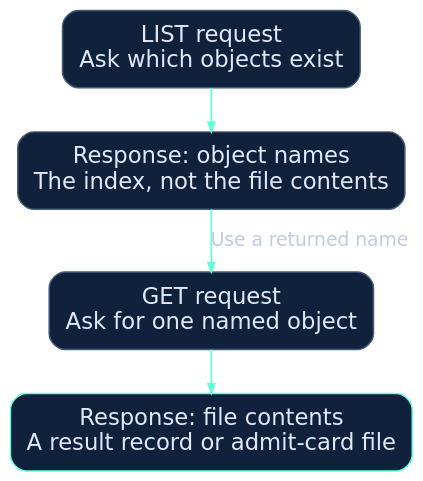
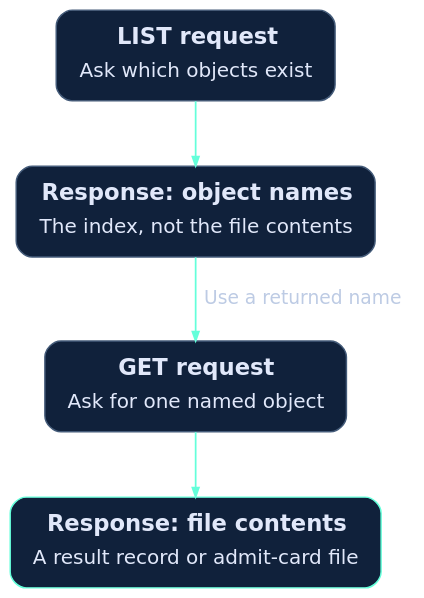
Before and after one commit to rylena/PortfolioWebsite: the diagram in assets/diagrams/source/jee-list-and-read.dot, drawn with Graphviz. The commit also changed 35 other files, not shown here.

First line of the commit message:
Publish hospital security writeup and improve blog diagrams

```diff
--- a/assets/diagrams/source/jee-list-and-read.dot
+++ b/assets/diagrams/source/jee-list-and-read.dot
@@ -1,12 +1,12 @@
 digraph G {
-  graph [rankdir=TB, bgcolor="transparent", pad="0.15", nodesep="0.32", ranksep="0.45", splines=polyline];
-  node [shape=box, style="rounded,filled", fillcolor="#10213b", color="#445b79", fontcolor="#e1e8fa", fontname="DejaVu Sans", fontsize=17, margin="0.18,0.14", penwidth=1.1];
+  graph [rankdir=TB, bgcolor="transparent", pad="0.22", nodesep="0.55", ranksep="0.65", splines=polyline];
+  node [shape=box, style="rounded,filled", fillcolor="#10213b", color="#445b79", fontcolor="#e1e8fa", fontname="DejaVu Sans", fontsize=17, margin="0.20,0.14", penwidth=1.1];
   edge [color="#64ffda", fontcolor="#bdcbe4", fontname="DejaVu Sans", fontsize=14, arrowsize=0.7, penwidth=1.3];
-  list_request [label="LIST request\nAsk which objects exist"];
-  names [label="Response: object names\nThe index, not the file contents"];
-  read_request [label="GET request\nAsk for one named object"];
-  contents [label="Response: file contents\nA result record or admit-card file", color="#64ffda"];
+  list_request [label=<<TABLE BORDER="0" CELLBORDER="0" CELLSPACING="0" CELLPADDING="3"><TR><TD><B>LIST request</B></TD></TR><TR><TD><FONT POINT-SIZE="15">Ask which objects exist</FONT></TD></TR></TABLE>>];
+  names [label=<<TABLE BORDER="0" CELLBORDER="0" CELLSPACING="0" CELLPADDING="3"><TR><TD><B>Response: object names</B></TD></TR><TR><TD><FONT POINT-SIZE="15">The index, not the file contents</FONT></TD></TR></TABLE>>];
+  read_request [label=<<TABLE BORDER="0" CELLBORDER="0" CELLSPACING="0" CELLPADDING="3"><TR><TD><B>GET request</B></TD></TR><TR><TD><FONT POINT-SIZE="15">Ask for one named object</FONT></TD></TR></TABLE>>];
+  contents [label=<<TABLE BORDER="0" CELLBORDER="0" CELLSPACING="0" CELLPADDING="3"><TR><TD><B>Response: file contents</B></TD></TR><TR><TD><FONT POINT-SIZE="15">A result record or admit-card file</FONT></TD></TR></TABLE>>, color="#64ffda"];
   list_request -> names;
-  names -> read_request [label="Use a returned name"];
+  names -> read_request [label="  Use a returned name  "];
   read_request -> contents;
 }
```
